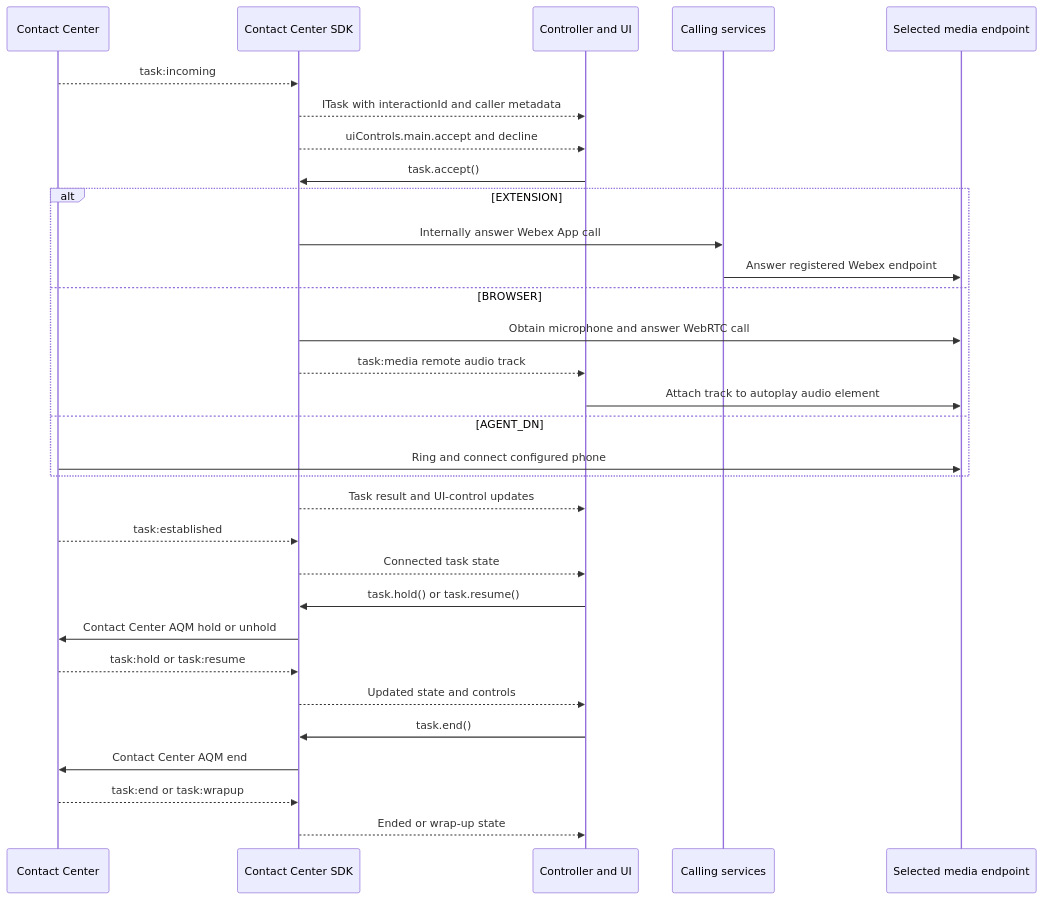
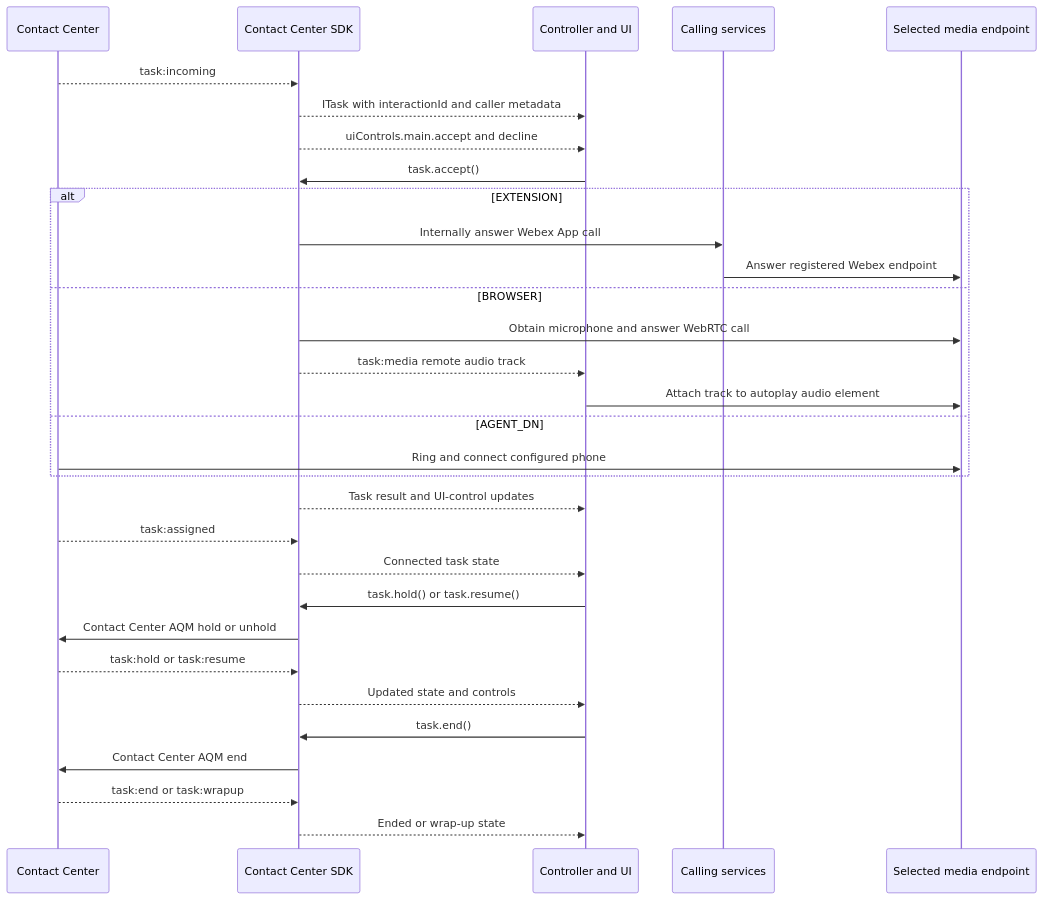
One commit to aashishberry/webexcc_sdk_app changed the fifth of 8 diagrams in ARCHITECTURE.md. Above: the diagram before and after it, drawn with Mermaid. The commit also changed other lines of this file and 2 other files, not shown here.

Commit message:
fix answered task state transition

````diff
--- a/ARCHITECTURE.md
+++ b/ARCHITECTURE.md
@@ -183,34 +183,34 @@
 ```mermaid
 sequenceDiagram
     participant W as Contact Center
     participant SDK as Contact Center SDK
     participant UI as Controller and UI
     participant C as Calling services
     participant M as Selected media endpoint
 
     W-->>SDK: task:incoming
     SDK-->>UI: ITask with interactionId and caller metadata
     SDK-->>UI: uiControls.main.accept and decline
     UI->>SDK: task.accept()
     alt EXTENSION
         SDK->>C: Internally answer Webex App call
         C->>M: Answer registered Webex endpoint
     else BROWSER
         SDK->>M: Obtain microphone and answer WebRTC call
         SDK-->>UI: task:media remote audio track
         UI->>M: Attach track to autoplay audio element
     else AGENT_DN
         W->>M: Ring and connect configured phone
     end
     SDK-->>UI: Task result and UI-control updates
-    W-->>SDK: task:established
+    W-->>SDK: task:assigned
     SDK-->>UI: Connected task state
     UI->>SDK: task.hold() or task.resume()
     SDK->>W: Contact Center AQM hold or unhold
     W-->>SDK: task:hold or task:resume
     SDK-->>UI: Updated state and controls
     UI->>SDK: task.end()
     SDK->>W: Contact Center AQM end
     W-->>SDK: task:end or task:wrapup
     SDK-->>UI: Ended or wrap-up state
 ```
````
